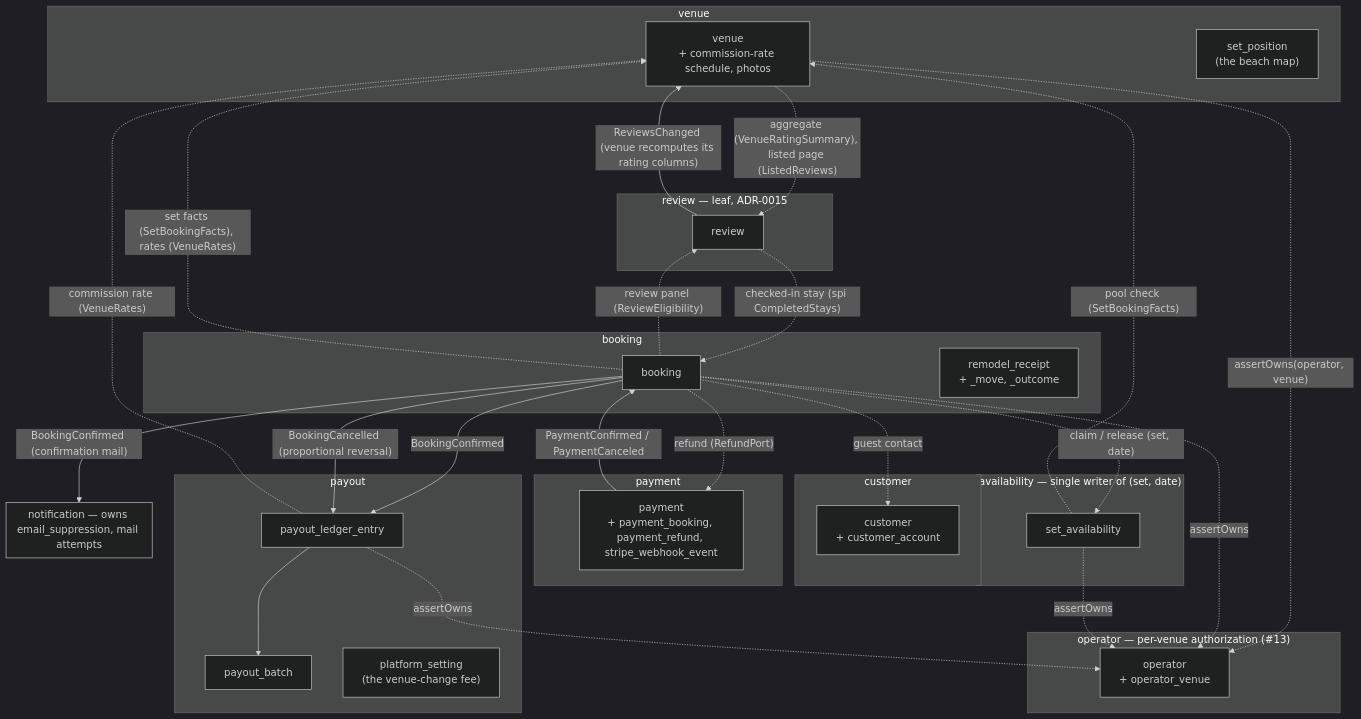
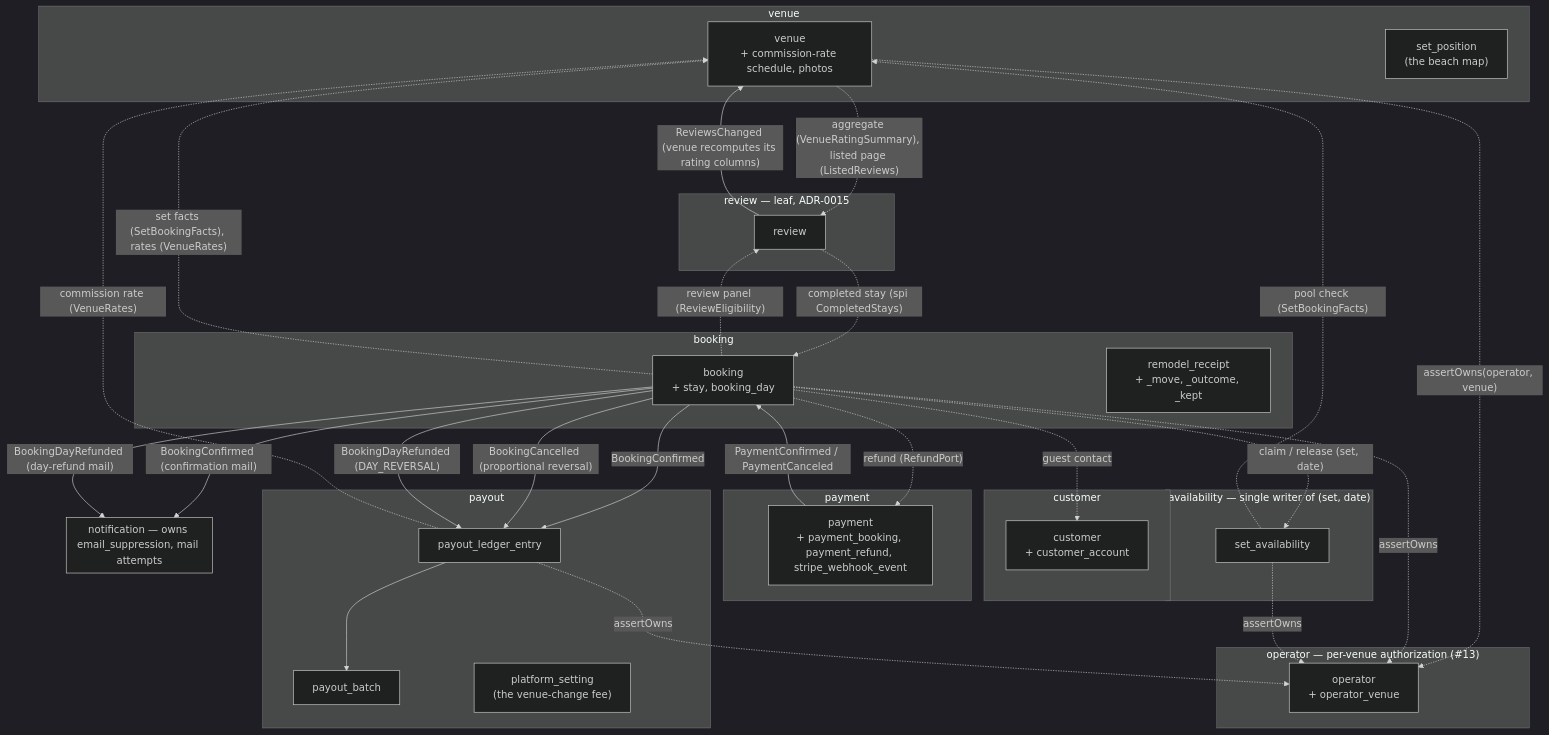
One commit to ivopogace/riviera-sunbed-booking changed the first of 15 diagrams in docs/architecture/domain-model.md. Above: the diagram before and after it, drawn with Mermaid (dark theme). The commit also changed other lines of this file and 25 other files, not shown here.

First line of the commit message:
Multi-day stays close-out: docs-freshness over the epic span (#1096) (#1273)

````diff
--- a/docs/architecture/domain-model.md
+++ b/docs/architecture/domain-model.md
@@ -36,55 +37,57 @@
 ```mermaid
 graph TB
     subgraph customer["customer"]
         CUST["customer<br/>+ customer_account"]
     end
     subgraph venue["venue"]
         VEN["venue<br/>+ commission-rate schedule, photos"]
         MAP["set_position<br/>(the beach map)"]
     end
     subgraph availability["availability — single writer of (set, date)"]
         AVAIL["set_availability"]
     end
     subgraph booking["booking"]
-        BOOK["booking"]
-        RCPT["remodel_receipt<br/>+ _move, _outcome"]
+        BOOK["booking<br/>+ stay, booking_day"]
+        RCPT["remodel_receipt<br/>+ _move, _outcome, _kept"]
     end
     subgraph payment["payment"]
         PAY["payment<br/>+ payment_booking, payment_refund, stripe_webhook_event"]
     end
     subgraph payout["payout"]
         LEDG["payout_ledger_entry"]
         BATCH["payout_batch"]
         PSET["platform_setting<br/>(the venue-change fee)"]
     end
     subgraph notification["notification — owns email_suppression, mail attempts"]
     end
 
     subgraph operator["operator — per-venue authorization (#13)"]
         OP["operator<br/>+ operator_venue"]
     end
     subgraph review["review — leaf, ADR-0015"]
         REV["review"]
     end
 
     PAY -- "PaymentConfirmed / PaymentCanceled" --> BOOK
     BOOK -- "BookingConfirmed" --> LEDG
     BOOK -- "BookingConfirmed (confirmation mail)" --> notification
     BOOK -- "BookingCancelled (proportional reversal)" --> LEDG
+    BOOK -- "BookingDayRefunded (DAY_REVERSAL)" --> LEDG
+    BOOK -- "BookingDayRefunded (day-refund mail)" --> notification
     REV -- "ReviewsChanged (venue recomputes its rating columns)" --> VEN
     VEN -. "aggregate (VenueRatingSummary), listed page (ListedReviews)" .-> REV
     BOOK -. "review panel (ReviewEligibility)" .-> REV
-    REV -. "checked-in stay (spi CompletedStays)" .-> BOOK
+    REV -. "completed stay (spi CompletedStays)" .-> BOOK
 
     BOOK -. "claim / release (set, date)" .-> AVAIL
     BOOK -. "refund (RefundPort)" .-> PAY
     BOOK -. "set facts (SetBookingFacts), rates (VenueRates)" .-> VEN
     BOOK -. "guest contact" .-> CUST
     AVAIL -. "pool check (SetBookingFacts)" .-> VEN
     LEDG -. "commission rate (VenueRates)" .-> VEN
     VEN -. "assertOwns(operator, venue)" .-> OP
     BOOK -. "assertOwns" .-> OP
     AVAIL -. "assertOwns" .-> OP
     LEDG -. "assertOwns" .-> OP
     LEDG --> BATCH
 ```
````
